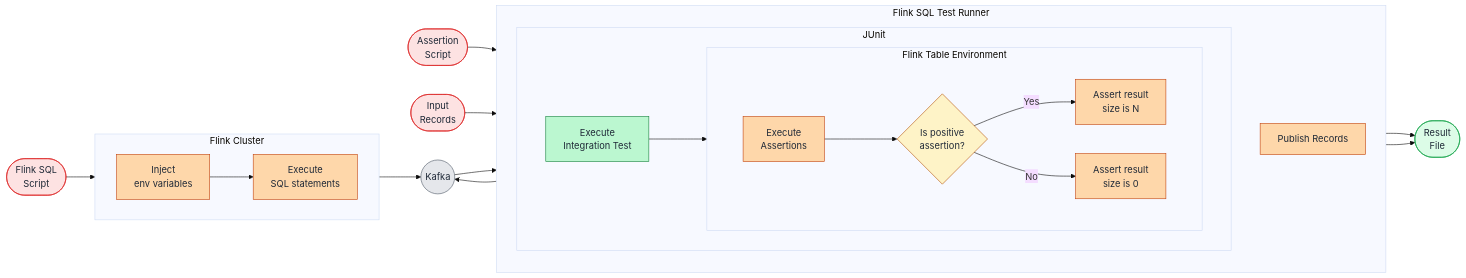
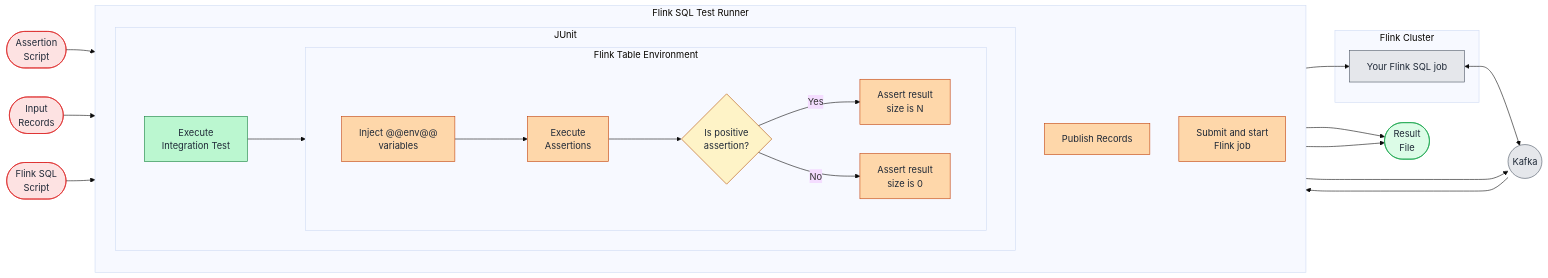
The second of 2 diagrams in README.md (acosom/flink-sql-assert-runner), drawn with Mermaid (base theme) before and after one commit. The commit also changed other lines of this file, not shown here.

Commit message:
Fixed integration diagram: moved env-var injection into Test Runner assertion path, simplified Flink Cluster box to user's job, added explicit submit step

````diff
--- a/README.md
+++ b/README.md
@@ -147,56 +152,55 @@
 ```mermaid
 flowchart LR
     ASRT(["Assertion<br/>Script"])
     INPUT(["Input<br/>Records"])
     SQL(["Flink SQL<br/>Script"])
     RESULT(["Result<br/>File"])
     KAFKA(("Kafka"))
 
     subgraph RUNNER ["Flink SQL Test Runner"]
         direction TB
         subgraph JUNIT ["JUnit"]
             direction LR
             EXEC["Execute<br/>Integration Test"]
             subgraph TENV ["Flink Table Environment"]
                 direction LR
+                INJECT["Inject @@env@@<br/>variables"]
                 RUN_ASRT["Execute<br/>Assertions"]
                 MODE{"Is positive<br/>assertion?"}
                 YES["Assert result<br/>size is N"]
                 NO["Assert result<br/>size is 0"]
-                RUN_ASRT --> MODE
+                INJECT --> RUN_ASRT --> MODE
                 MODE -->|Yes| YES
                 MODE -->|No| NO
             end
             EXEC --> TENV
         end
         PUBLISH["Publish Records"]
+        SUBMIT["Submit and start<br/>Flink job"]
     end
 
     subgraph CLUSTER ["Flink Cluster"]
-        direction LR
-        INJECT["Inject<br/>env variables"]
-        EXEC_SQL["Execute<br/>SQL statements"]
-        INJECT --> EXEC_SQL
+        JOB["Your Flink SQL job"]
     end
 
     ASRT --> EXEC
     INPUT --> PUBLISH --> KAFKA
-    SQL --> INJECT
-    EXEC_SQL --> KAFKA
+    SQL --> SUBMIT --> JOB
+    JOB <--> KAFKA
     KAFKA --> RUN_ASRT
     YES --> RESULT
     NO --> RESULT
 
     classDef input fill:#fde2e2,stroke:#dc2626,color:#1f2937;
     classDef output fill:#dcfce7,stroke:#16a34a,color:#1f2937;
     classDef action fill:#fed7aa,stroke:#c2410c,color:#1f2937;
     classDef pivot fill:#bbf7d0,stroke:#15803d,color:#1f2937;
     classDef external fill:#e5e7eb,stroke:#4b5563,color:#1f2937;
     classDef decision fill:#fef3c7,stroke:#b45309,color:#1f2937;
     class ASRT,INPUT,SQL input;
     class RESULT output;
-    class PUBLISH,INJECT,EXEC_SQL,RUN_ASRT,YES,NO action;
+    class PUBLISH,SUBMIT,INJECT,RUN_ASRT,YES,NO action;
     class EXEC pivot;
-    class KAFKA external;
+    class KAFKA,JOB external;
     class MODE decision;
 ```
````
